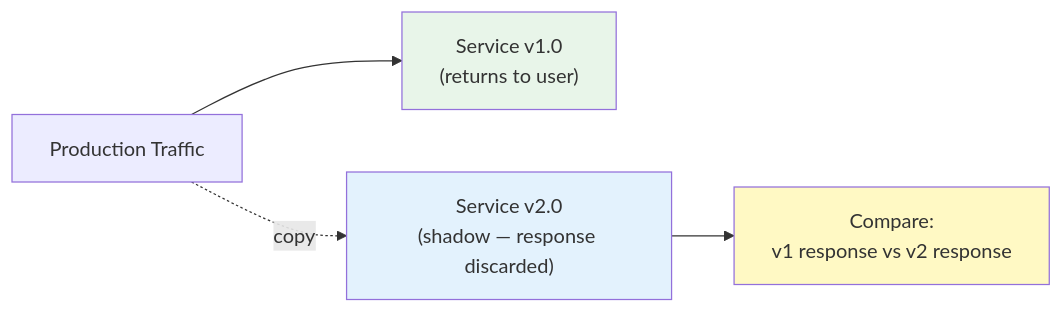
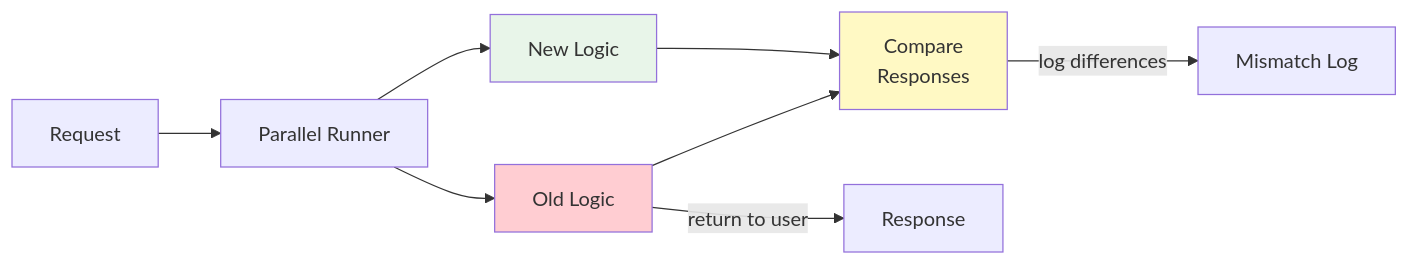
Before and after one commit to hungdn1701/ptit-microservice-textbook: the ninth of 11 diagrams in manuscript/chapter-10.md, drawn with Mermaid. The commit also changed other lines of this file and 31 other files, not shown here.

````diff
--- a/manuscript/chapter-10.md
+++ b/manuscript/chapter-10.md
@@ -372,10 +346,14 @@
 ```mermaid
 graph LR
-    USER["Production Traffic"] --> V1["Service v1.0\n(returns to user)"]
-    USER -.->|"copy"| V2["Service v2.0\n(shadow — response discarded)"]
-    V2 --> CMP["Compare:\nv1 response vs v2 response"]
+    REQ["Request"] --> BOTH["Parallel Runner"]
+    BOTH --> OLD["Old Logic"]
+    BOTH --> NEW["New Logic"]
+    OLD --> CMP["Compare\nResponses"]
+    NEW --> CMP
+    OLD -->|"return to user"| RES["Response"]
+    CMP -->|"log differences"| LOG["Mismatch Log"]
     
-    style V1 fill:#E8F5E9
-    style V2 fill:#E3F2FD
+    style OLD fill:#FFCDD2
+    style NEW fill:#E8F5E9
     style CMP fill:#FFF9C4
 ```
````
